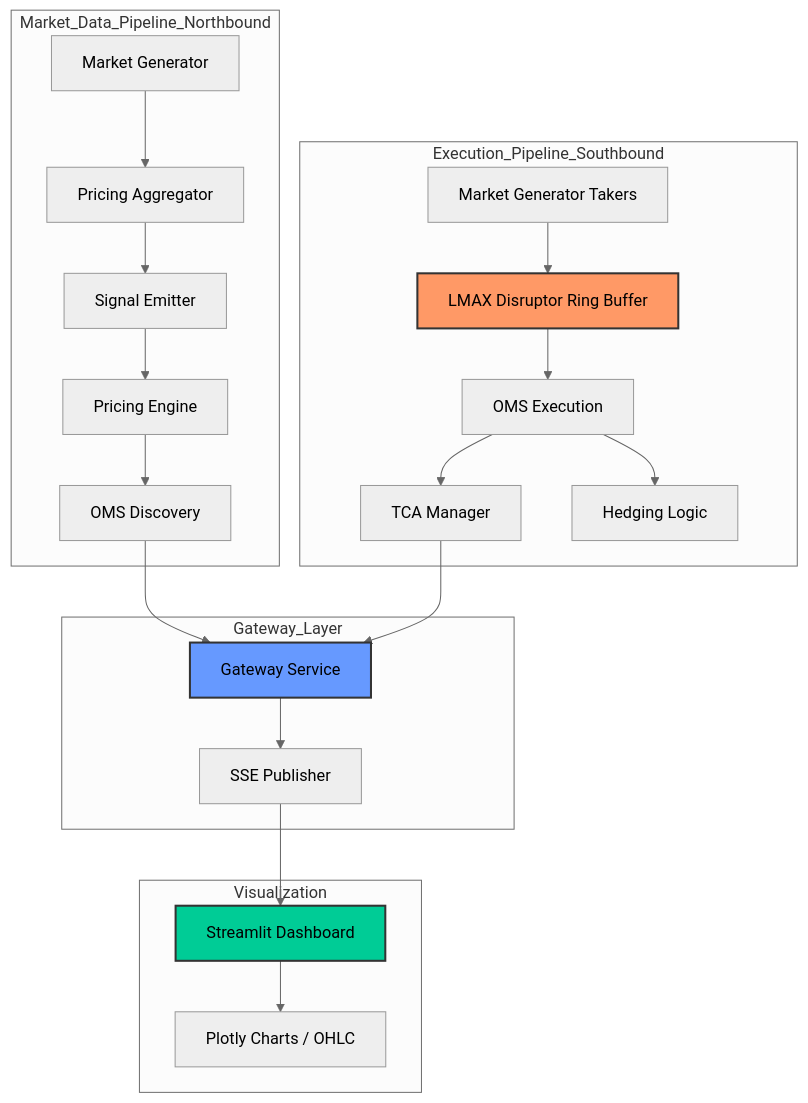
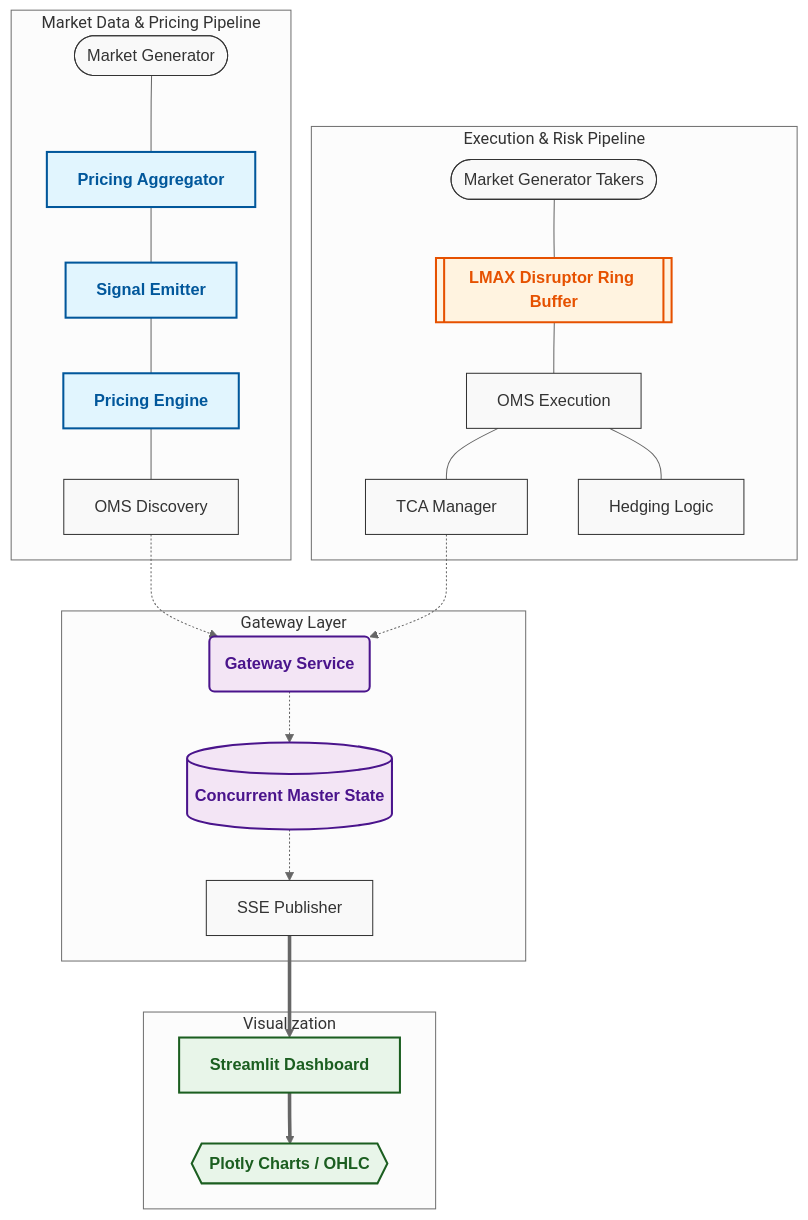
One commit to richardchankiyin/MarketMakingPricingEngine changed the diagram in README.md. Above: the diagram before and after it, drawn with Mermaid (neutral theme). The commit also changed 1 other file, not shown here.

Commit message:
update readme, bugfix gateway

````diff
--- a/README.md
+++ b/README.md
@@ -12,31 +12,41 @@
 ```mermaid
 graph TD
-    subgraph Market_Data_Pipeline_Northbound
-        MG1[Market Generator] --> PA[Pricing Aggregator]
-        PA --> SE[Signal Emitter]
-        SE --> PE[Pricing Engine]
-        PE --> OMS_D[OMS Discovery]
+    %% Global Styles
+    classDef default fill:#f9f9f9,stroke:#333,stroke-width:1px,color:#333,font-family:Arial;
+    classDef highSpeed fill:#e1f5fe,stroke:#01579b,stroke-width:2px,color:#01579b,font-weight:bold;
+    classDef critical fill:#fff3e0,stroke:#e65100,stroke-width:2px,color:#e65100,font-weight:bold;
+    classDef gateway fill:#f3e5f5,stroke:#4a148c,stroke-width:2px,color:#4a148c,font-weight:bold;
+    classDef ui fill:#e8f5e9,stroke:#1b5e20,stroke-width:2px,color:#1b5e20,font-weight:bold;
+
+    subgraph Northbound [Market Data & Pricing Pipeline]
+        MG1([Market Generator]) --- PA[Pricing Aggregator]
+        PA --- SE[Signal Emitter]
+        SE --- PE[Pricing Engine]
+        PE --- OMS_D[OMS Discovery]
     end
 
-    subgraph Execution_Pipeline_Southbound
-        MG2[Market Generator Takers] --> DIS[LMAX Disruptor Ring Buffer]
-        DIS --> OMS_E[OMS Execution]
-        OMS_E --> TCA[TCA Manager]
-        OMS_E --> HEDGE[Hedging Logic]
+    subgraph Southbound [Execution & Risk Pipeline]
+        MG2([Market Generator Takers]) --- DIS[[LMAX Disruptor Ring Buffer]]
+        DIS --- OMS_E[OMS Execution]
+        OMS_E --- TCA[TCA Manager]
+        OMS_E --- HEDGE[Hedging Logic]
     end
 
-    subgraph Gateway_Layer
-        OMS_D --> GS[Gateway Service]
-        TCA --> GS
-        GS --> SSE[SSE Publisher]
+    subgraph Distribution [Gateway Layer]
+        OMS_D -.-> GS(Gateway Service)
+        TCA -.-> GS
+        GS -.-> STATE[(Concurrent Master State)]
+        STATE -.-> SSE[SSE Publisher]
     end
 
-    subgraph Visualization
-        SSE --> ST[Streamlit Dashboard]
-        ST --> UI[Plotly Charts / OHLC]
+    subgraph Client [Visualization]
+        SSE ==> ST[Streamlit Dashboard]
+        ST ==> UI{{Plotly Charts / OHLC}}
     end
 
-    style DIS fill:#f96,stroke:#333,stroke-width:2px
-    style GS fill:#69f,stroke:#333,stroke-width:2px
-    style ST fill:#00CC96,stroke:#333,stroke-width:2px
+    %% Apply Classes
+    class DIS critical;
+    class GS,STATE gateway;
+    class ST,UI ui;
+    class PA,SE,PE highSpeed;
 ```
````
